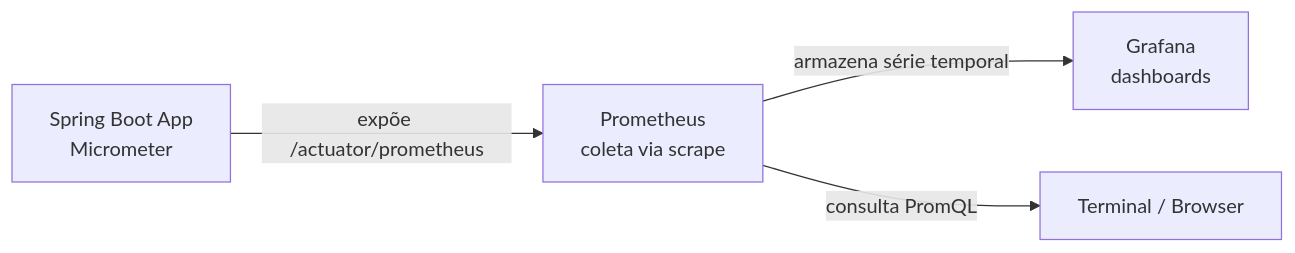
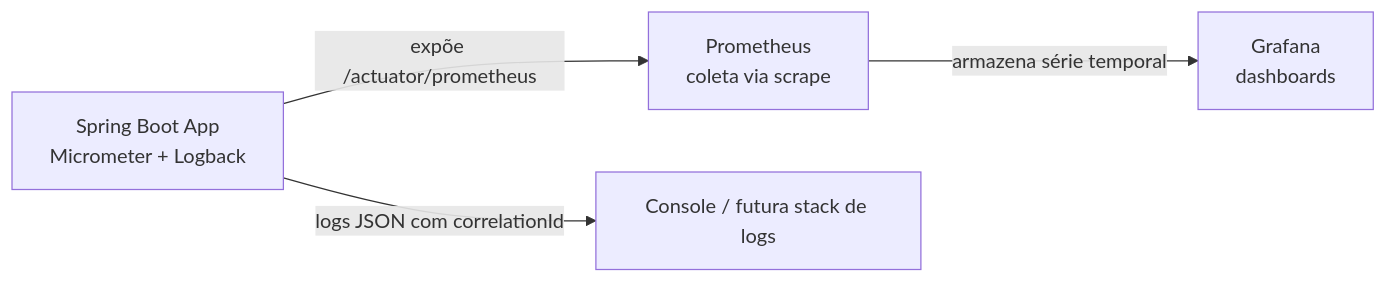
Before and after one commit to engenheiromuniz/observability-demo: the diagram in README.md, drawn with Mermaid. The commit also changed other lines of this file and 6 other files, not shown here.

Commit message:
Adiciona logging estruturado (JSON) e Correlation ID

````diff
--- a/README.md
+++ b/README.md
@@ -11,6 +12,6 @@
 ```mermaid
 flowchart LR
-    A[Spring Boot App<br/>Micrometer] -->|expõe /actuator/prometheus| B[Prometheus<br/>coleta via scrape]
+    A[Spring Boot App<br/>Micrometer + Logback] -->|expõe /actuator/prometheus| B[Prometheus<br/>coleta via scrape]
     B -->|armazena série temporal| C[Grafana<br/>dashboards]
-    B -->|consulta PromQL| D[Terminal / Browser]
+    A -->|logs JSON com correlationId| D[Console / futura stack de logs]
 ```
````
